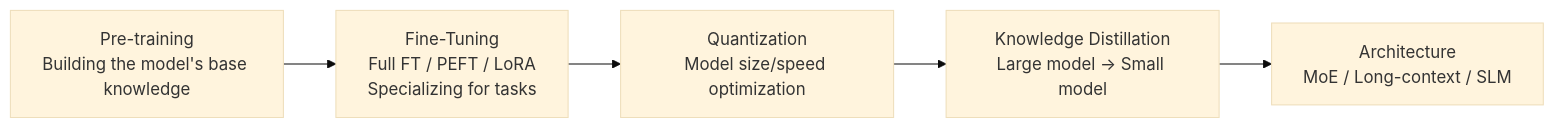
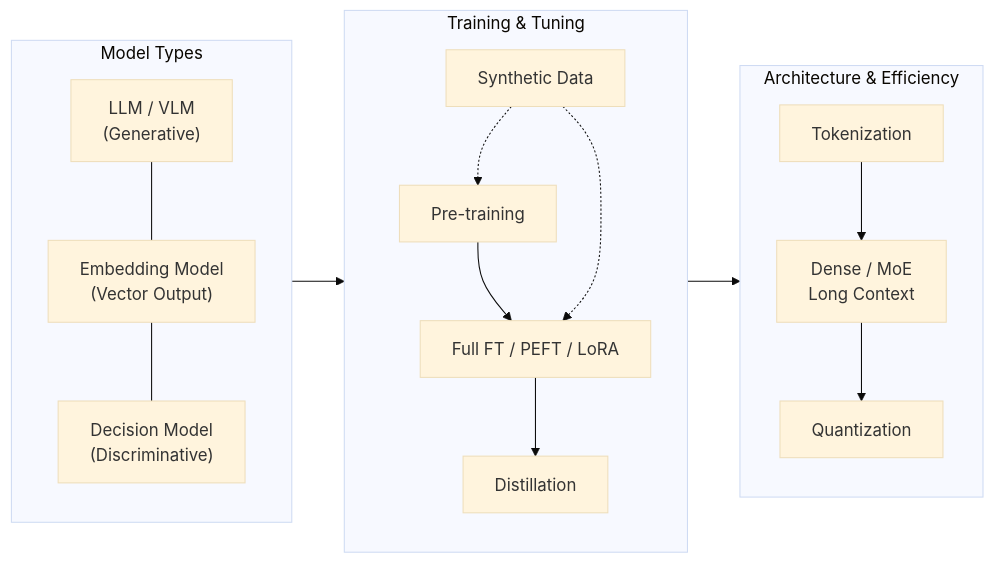
The first of 2 diagrams in wiki/en/AI/Engineering/Model_Engineering/Model_Engineering.md (TaeHunKim/AIEngineeringLLMWiki), drawn with Mermaid (base theme) before and after one commit. The commit also changed other lines of this file and 18 other files, not shown here.

````diff
--- a/wiki/en/AI/Engineering/Model_Engineering/Model_Engineering.md
+++ b/wiki/en/AI/Engineering/Model_Engineering/Model_Engineering.md
@@ -14,8 +14,17 @@
 ```mermaid
 flowchart LR
-    P["Pre-training<br/>Building the model's base knowledge"] --> F
-    F["Fine-Tuning<br/>Full FT / PEFT / LoRA<br/>Specializing for tasks"] --> Q
-    Q["Quantization<br/>Model size/speed optimization"] --> D
-    D["Knowledge Distillation<br/>Large model → Small model"] --> A
-    A["Architecture<br/>MoE / Long-context / SLM"]
+    subgraph MT["Model Types"]
+        LLM["LLM / VLM<br/>(Generative)"] --- EMB["Embedding Model<br/>(Vector Output)"]
+        EMB --- DEC["Decision Model<br/>(Discriminative)"]
+    end
+    subgraph TT["Training & Tuning"]
+        P["Pre-training"] --> F["Full FT / PEFT / LoRA"] --> D["Distillation"]
+        SD["Synthetic Data"] -.-> P
+        SD -.-> F
+    end
+    subgraph AE["Architecture & Efficiency"]
+        TOK["Tokenization"] --> ARCH["Dense / MoE<br/>Long Context"] --> Q["Quantization"]
+    end
+    MT --> TT
+    TT --> AE
 ```
````
